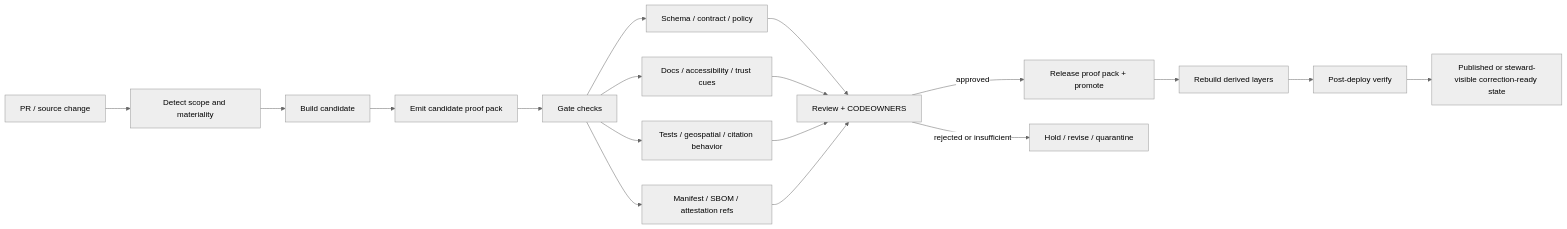
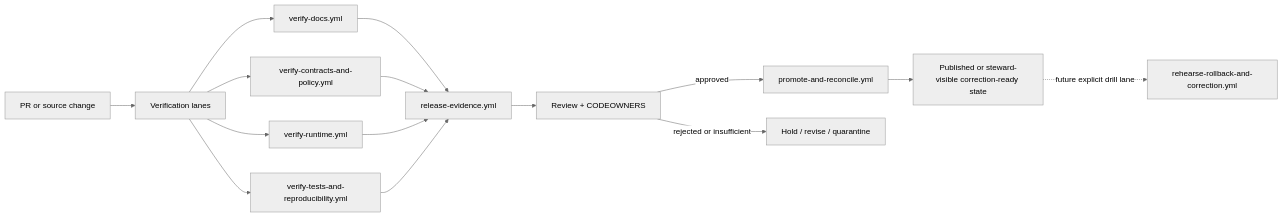
Before and after one commit to bartytime4life/Kansas-Frontier-Matrix: the diagram in .github/workflows/README.md, drawn with Mermaid (neutral theme). The commit also changed other lines of this file, not shown here.

````diff
--- a/.github/workflows/README.md
+++ b/.github/workflows/README.md
@@ -231,24 +253,20 @@
 ```mermaid
 flowchart LR
-    A[PR / source change] --> B[Detect scope and materiality]
-    B --> C[Build candidate]
-    C --> D[Emit candidate proof pack]
+    A[PR or source change] --> B[Verification lanes]
+    B --> B1[verify-docs.yml]
+    B --> B2[verify-contracts-and-policy.yml]
+    B --> B3[verify-runtime.yml]
+    B --> B4[verify-tests-and-reproducibility.yml]
 
-    D --> E[Gate checks]
-    E --> E1[Schema / contract / policy]
-    E --> E2[Docs / accessibility / trust cues]
-    E --> E3[Tests / geospatial / citation behavior]
-    E --> E4[Manifest / SBOM / attestation refs]
+    B1 --> C[release-evidence.yml]
+    B2 --> C
+    B3 --> C
+    B4 --> C
 
-    E1 --> F[Review + CODEOWNERS]
-    E2 --> F
-    E3 --> F
-    E4 --> F
+    C --> D[Review + CODEOWNERS]
+    D -->|approved| E[promote-and-reconcile.yml]
+    E --> F[Published or steward-visible correction-ready state]
 
-    F -->|approved| G[Release proof pack + promote]
-    G --> H[Rebuild derived layers]
-    H --> I[Post-deploy verify]
-    I --> J[Published or steward-visible correction-ready state]
-
-    F -->|rejected or insufficient| K[Hold / revise / quarantine]
+    D -->|rejected or insufficient| G[Hold / revise / quarantine]
+    F -. future explicit drill lane .-> H[rehearse-rollback-and-correction.yml]
 ```
````
